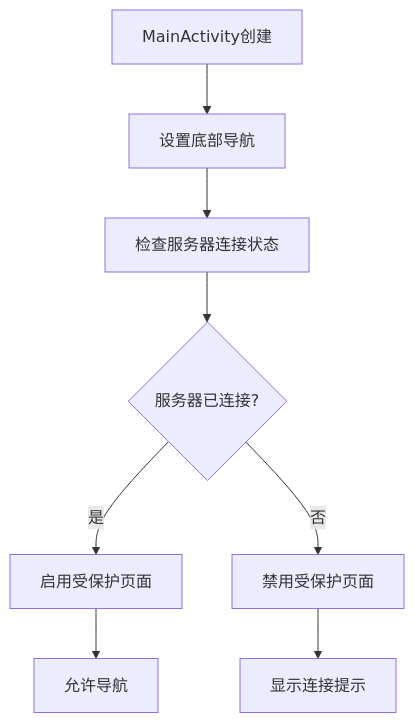
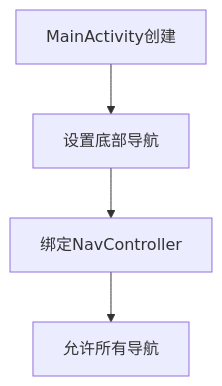
Diagram 24 of 25 in autodroid-app/DESIGN.md (terminail/autodroid), drawn with Mermaid before and after one commit. The commit also changed other lines of this file and 147 other files, not shown here.

````diff
--- a/autodroid-app/DESIGN.md
+++ b/autodroid-app/DESIGN.md
@@ -1123,10 +1115,6 @@
 ```mermaid
 flowchart TD
     A[MainActivity创建] --> B[设置底部导航]
-    B --> C[检查服务器连接状态]
-    C --> D{服务器已连接?}
-    D -->|是| E[启用受保护页面]
-    D -->|否| F[禁用受保护页面]
-    E --> G[允许导航]
-    F --> H[显示连接提示]
+    B --> C[绑定NavController]
+    C --> D[允许所有导航]
 ```
````
